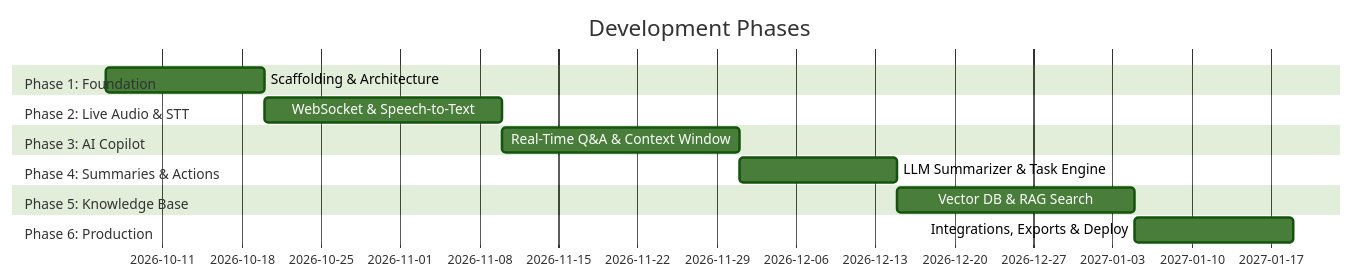
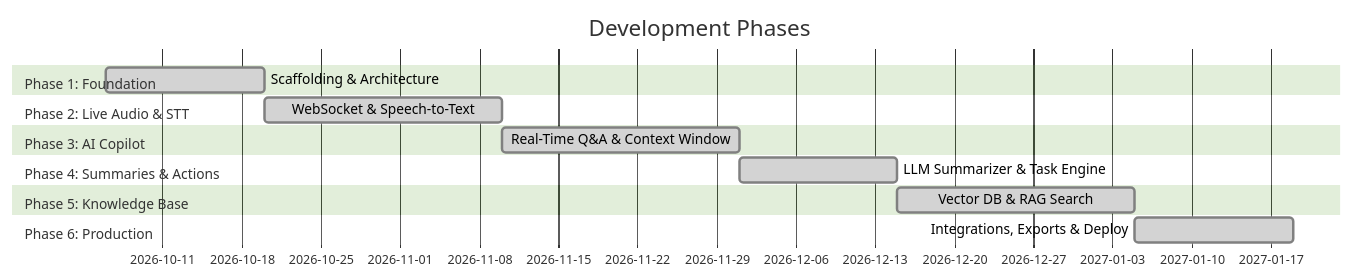
The diagram in ROADMAP.md (mohit-0105/Meeting-Copilot), drawn with Mermaid (forest theme) before and after one commit. The commit also changed other lines of this file and 13 other files, not shown here.

````diff
--- a/ROADMAP.md
+++ b/ROADMAP.md
@@ -9,17 +9,17 @@
 ```mermaid
 gantt
     title Development Phases
     dateFormat  YYYY-MM-DD
     section Phase 1: Foundation
-    Scaffolding & Architecture        :p1, 2026-10-06, 14d
+    Scaffolding & Architecture        :done, p1, 2026-10-06, 14d
     section Phase 2: Live Audio & STT
-    WebSocket & Speech-to-Text        :p2, after p1, 21d
+    WebSocket & Speech-to-Text        :done, p2, after p1, 21d
     section Phase 3: AI Copilot
-    Real-Time Q&A & Context Window   :p3, after p2, 21d
+    Real-Time Q&A & Context Window   :done, p3, after p2, 21d
     section Phase 4: Summaries & Actions
-    LLM Summarizer & Task Engine     :p4, after p3, 14d
+    LLM Summarizer & Task Engine     :done, p4, after p3, 14d
     section Phase 5: Knowledge Base
-    Vector DB & RAG Search           :p5, after p4, 21d
+    Vector DB & RAG Search           :done, p5, after p4, 21d
     section Phase 6: Production
-    Integrations, Exports & Deploy   :p6, after p5, 14d
+    Integrations, Exports & Deploy   :done, p6, after p5, 14d
 ```
````
